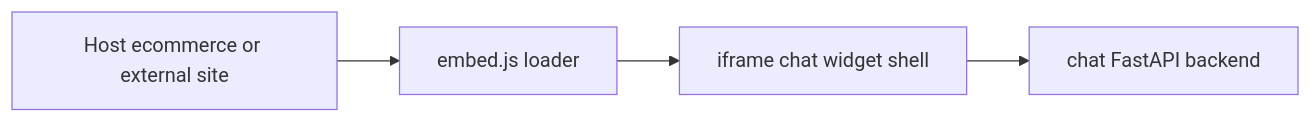
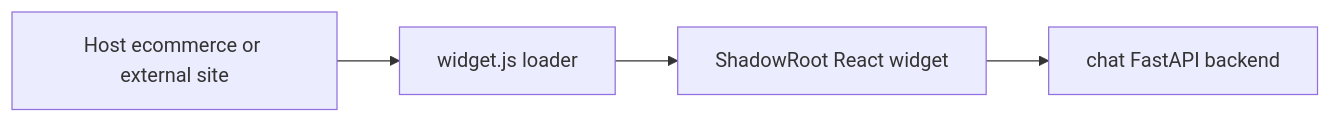
The diagram in documents/embeddable-chat-widget-technical-plan.md (chaudhariniraj/NJ-customer-chatbot-solution-accelerator), drawn with Mermaid before and after one commit. The commit also changed other lines of this file and 2 other files, not shown here.

````diff
--- a/documents/embeddable-chat-widget-technical-plan.md
+++ b/documents/embeddable-chat-widget-technical-plan.md
@@ -50,10 +61,10 @@
 ```mermaid
 flowchart LR
   HostPage[Host ecommerce or external site]
-  Loader[embed.js loader]
-  Iframe[iframe chat widget shell]
+  Loader[widget.js loader]
+  Shadow[ShadowRoot React widget]
   Api[chat FastAPI backend]
   HostPage --> Loader
-  Loader --> Iframe
-  Iframe --> Api
+  Loader --> Shadow
+  Shadow --> Api
 ```
````
